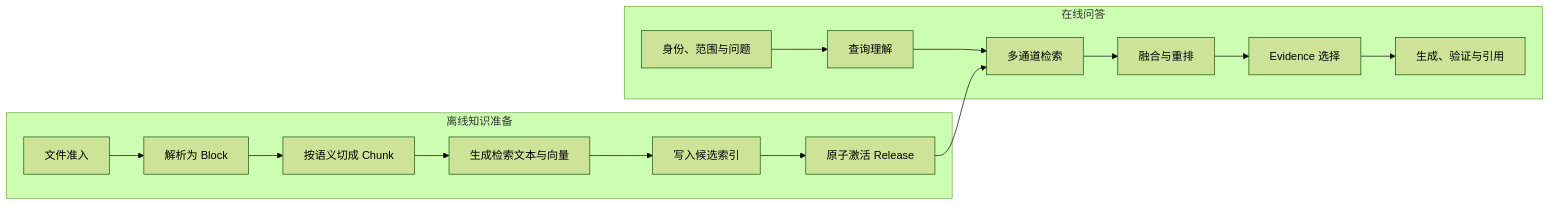
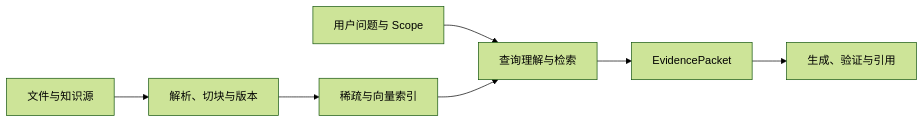
The diagram in docs/ai-agent/rag-strategy-map.md (upJiang/jiang-blog-vitepress), drawn with Mermaid (forest theme) before and after one commit. The commit also changed other lines of this file and 365 other files, not shown here.

````diff
--- a/docs/ai-agent/rag-strategy-map.md
+++ b/docs/ai-agent/rag-strategy-map.md
@@ -48,20 +32,9 @@
 ```mermaid
 flowchart LR
-    subgraph Offline[离线知识准备]
-        A[文件准入] --> B[解析为 Block]
-        B --> C[按语义切成 Chunk]
-        C --> D[生成检索文本与向量]
-        D --> E[写入候选索引]
-        E --> F[原子激活 Release]
-    end
-
-    subgraph Online[在线问答]
-        G[身份、范围与问题] --> H[查询理解]
-        H --> I[多通道检索]
-        I --> J[融合与重排]
-        J --> K[Evidence 选择]
-        K --> L[生成、验证与引用]
-    end
-
-    F --> I
+    A[文件与知识源] --> B[解析、切块与版本]
+    B --> C[稀疏与向量索引]
+    D[用户问题与 Scope] --> E[查询理解与检索]
+    C --> E
+    E --> F[EvidencePacket]
+    F --> G[生成、验证与引用]
 ```
````
